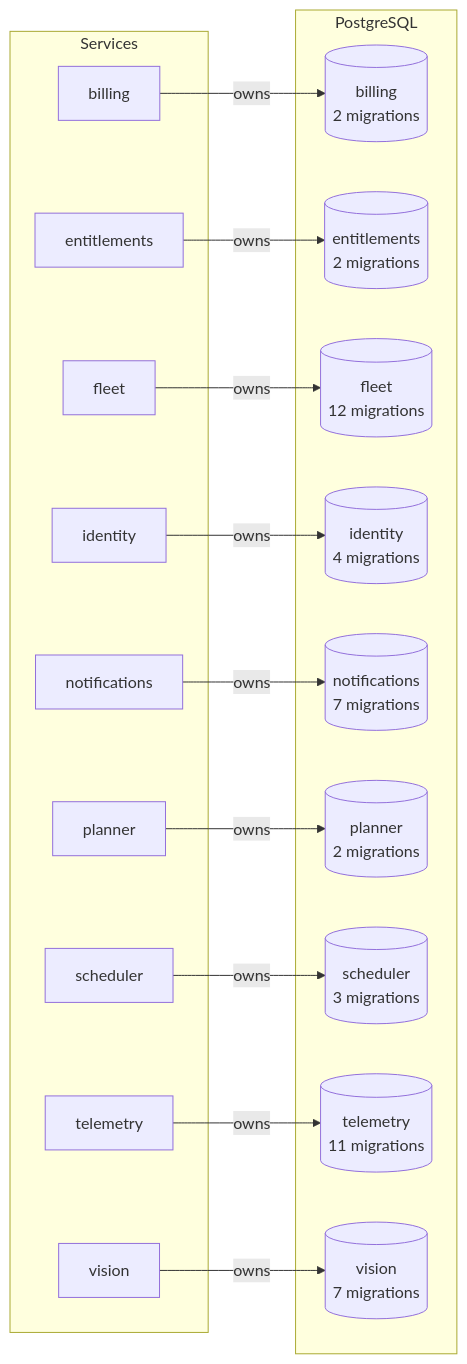
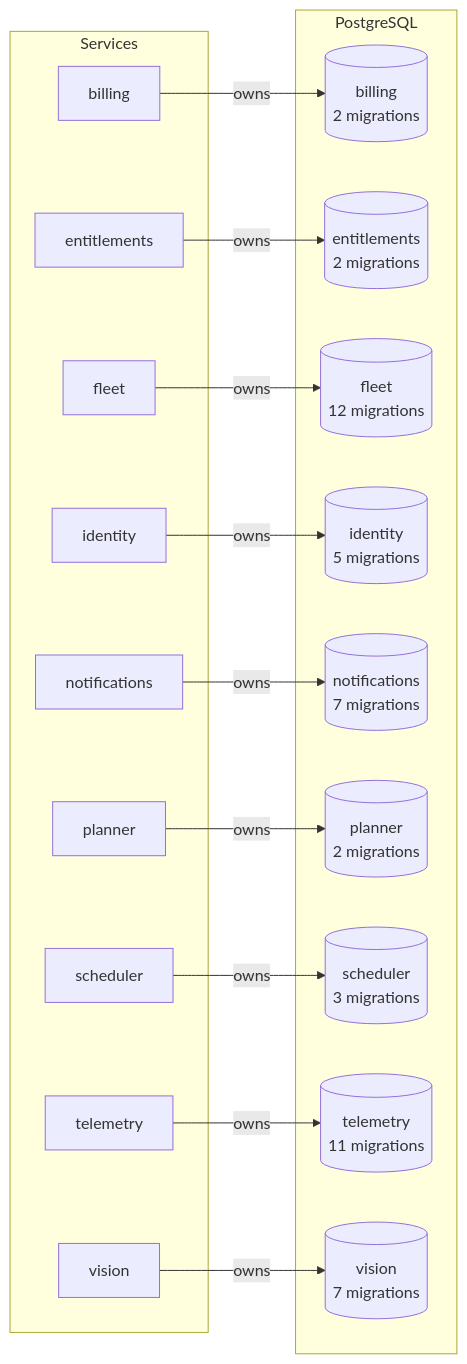
Diagram 15 of 15 in docs/architecture/generated.md (lukislp/mowdeck), drawn with Mermaid before and after one commit. The commit also changed other lines of this file and 50 other files, not shown here.

````diff
--- a/docs/architecture/generated.md
+++ b/docs/architecture/generated.md
@@ -517,34 +517,34 @@
 ```mermaid
 flowchart LR
   subgraph apps[Services]
     billing["billing"]
     entitlements["entitlements"]
     fleet["fleet"]
     identity["identity"]
     notifications["notifications"]
     planner["planner"]
     scheduler["scheduler"]
     telemetry["telemetry"]
     vision["vision"]
   end
   subgraph pg[PostgreSQL]
     db_billing[("billing<br/>2 migrations")]
     db_entitlements[("entitlements<br/>2 migrations")]
     db_fleet[("fleet<br/>12 migrations")]
-    db_identity[("identity<br/>4 migrations")]
+    db_identity[("identity<br/>5 migrations")]
     db_notifications[("notifications<br/>7 migrations")]
     db_planner[("planner<br/>2 migrations")]
     db_scheduler[("scheduler<br/>3 migrations")]
     db_telemetry[("telemetry<br/>11 migrations")]
     db_vision[("vision<br/>7 migrations")]
   end
   billing -->|owns| db_billing
   entitlements -->|owns| db_entitlements
   fleet -->|owns| db_fleet
   identity -->|owns| db_identity
   notifications -->|owns| db_notifications
   planner -->|owns| db_planner
   scheduler -->|owns| db_scheduler
   telemetry -->|owns| db_telemetry
   vision -->|owns| db_vision
 ```
````
